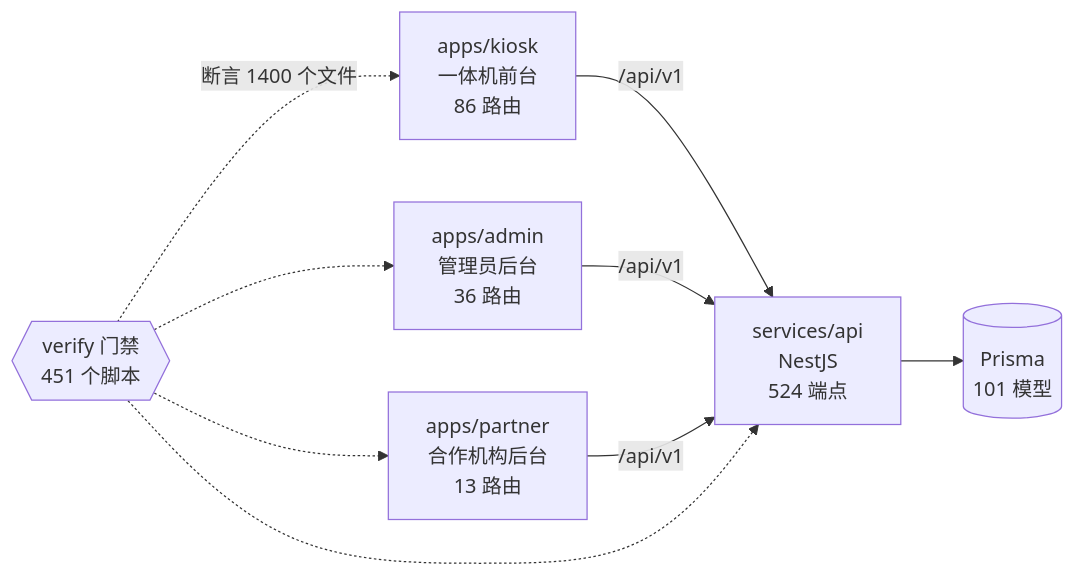
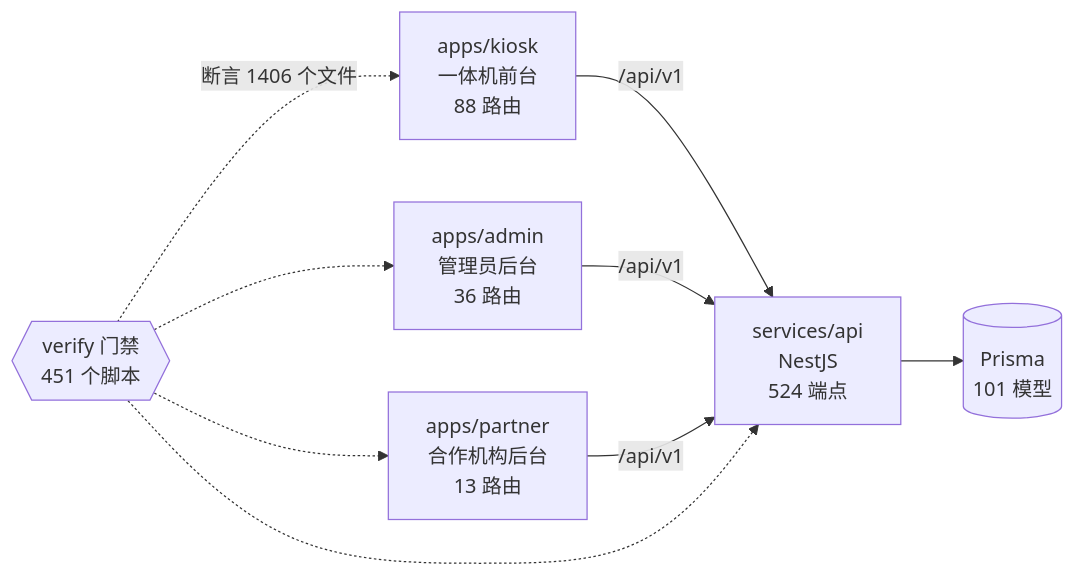
Before and after one commit to wanglei581/YITIJI: the diagram in docs/graph/README.md, drawn with Mermaid. The commit also changed other lines of this file and 5 other files, not shown here.

````diff
--- a/docs/graph/README.md
+++ b/docs/graph/README.md
@@ -68,18 +68,18 @@
 ```mermaid
 flowchart LR
-  kiosk["apps/kiosk<br/>一体机前台<br/>86 路由"]
+  kiosk["apps/kiosk<br/>一体机前台<br/>88 路由"]
   admin["apps/admin<br/>管理员后台<br/>36 路由"]
   partner["apps/partner<br/>合作机构后台<br/>13 路由"]
   api["services/api<br/>NestJS<br/>524 端点"]
   db[("Prisma<br/>101 模型")]
   gates{{"verify 门禁<br/>451 个脚本"}}
 
   kiosk -->|"/api/v1"| api
   admin -->|"/api/v1"| api
   partner -->|"/api/v1"| api
   api --> db
-  gates -.->|"断言 1400 个文件"| kiosk
+  gates -.->|"断言 1406 个文件"| kiosk
   gates -.-> admin
   gates -.-> partner
   gates -.-> api
 ```
````
